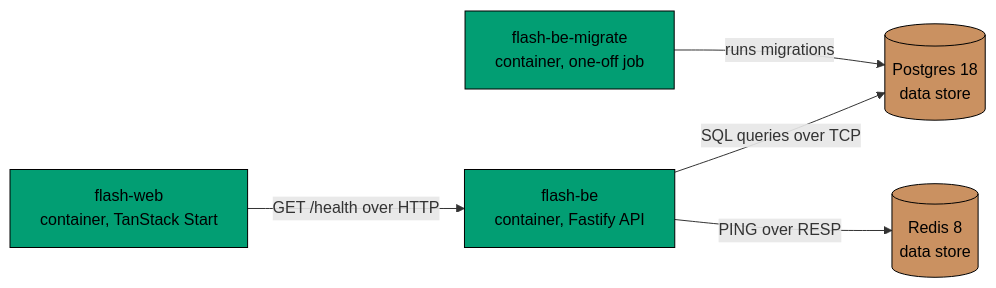
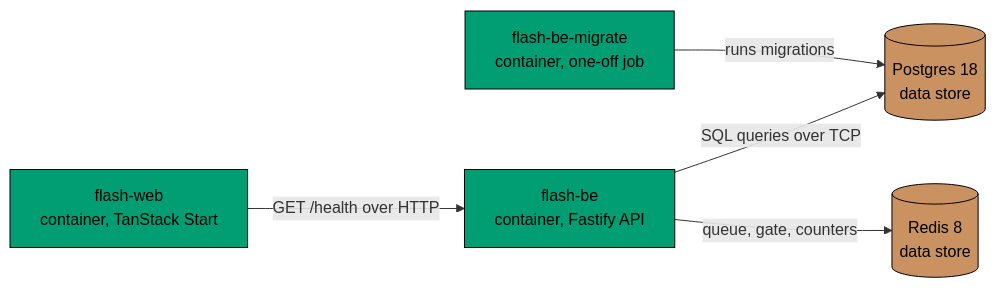
Before and after one commit to wahidyankf/coding-itv-js-flashsale: the diagram in specs/flash/architecture/containers.md, drawn with Mermaid. The commit also changed other lines of this file and 3 other files, not shown here.

First line of the commit message:
docs(specs): describe the flash-be components and its main sequences

````diff
--- a/specs/flash/architecture/containers.md
+++ b/specs/flash/architecture/containers.md
@@ -7,19 +6,19 @@
 ```mermaid
 flowchart LR
   accTitle: Flash sale containers
-  accDescr: The web app runs server functions that call the API over HTTP. The API reads and writes Postgres and pings Redis. A migration job runs once before the API starts and prepares the Postgres schema.
+  accDescr: The web app runs server functions that call the API over HTTP. The API reads and writes Postgres and uses Redis for the queue, the reservation gate and the rate counters. A migration job runs once before the API starts and prepares the Postgres schema.
   web["flash-web<br/>container, TanStack Start"]
   be["flash-be<br/>container, Fastify API"]
   migrate["flash-be-migrate<br/>container, one-off job"]
   pg[("Postgres 18<br/>data store")]
   redis[("Redis 8<br/>data store")]
   web -->|GET /health over HTTP| be
   be -->|SQL queries over TCP| pg
-  be -->|PING over RESP| redis
+  be -->|queue, gate, counters| redis
   migrate -->|runs migrations| pg
   classDef container fill:#029E73,stroke:#000000,color:#000000
   classDef store fill:#CA9161,stroke:#000000,color:#000000
   classDef default fill:#808080,stroke:#000000,color:#000000
   class web,be,migrate container
   class pg,redis store
 ```
````
